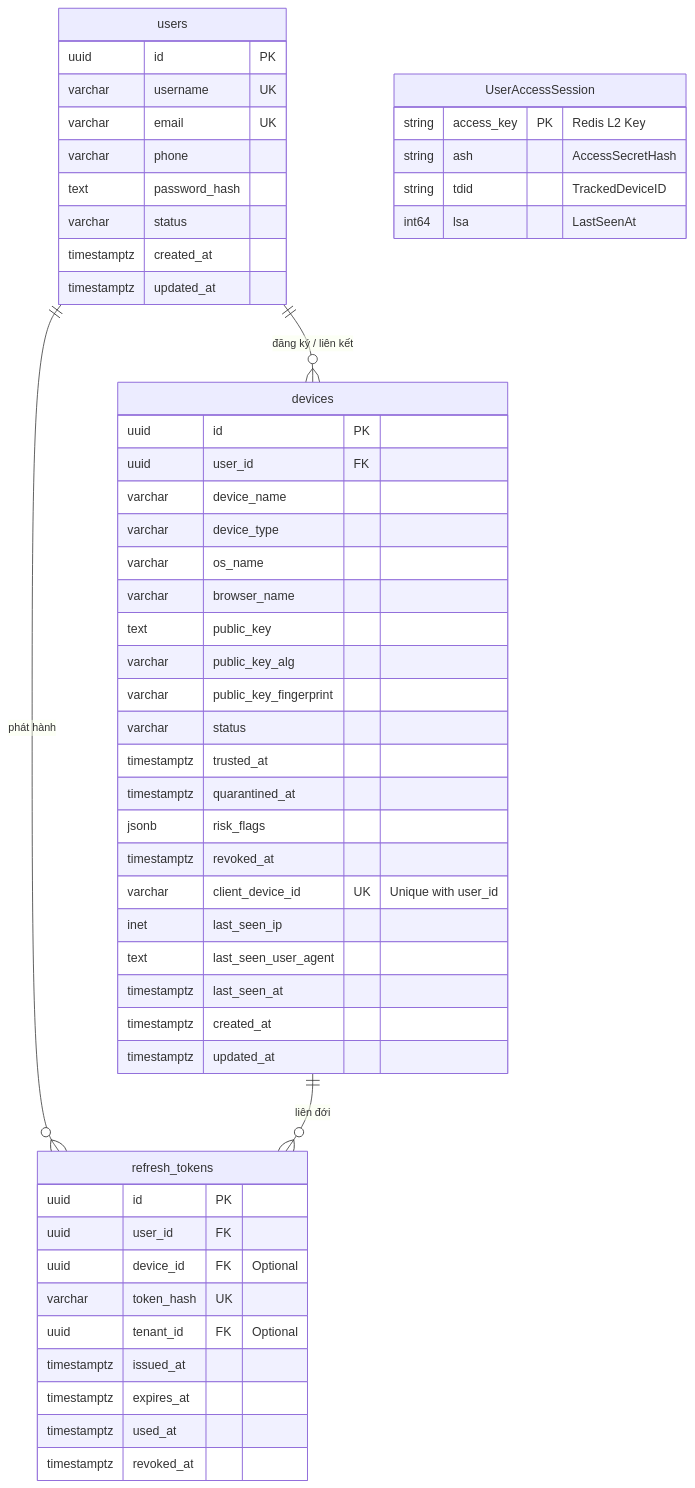
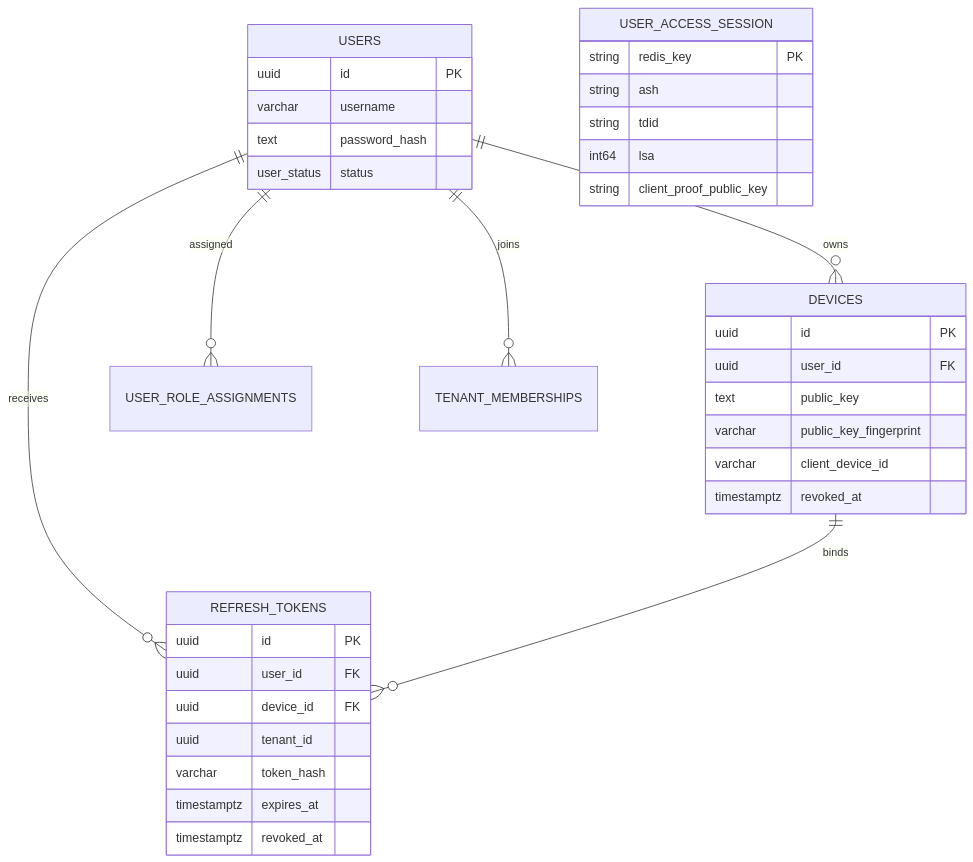
The third of 3 diagrams in god_view/iam/user_login_god_view_workflow.md (phucle996/aurora), drawn with Mermaid before and after one commit. The commit also changed other lines of this file and 20 other files, not shown here.

Commit message:
feat: implement session proof-based authentication flow with challenge-response mechanism and enhanced refresh token handling

````diff
--- a/god_view/iam/user_login_god_view_workflow.md
+++ b/god_view/iam/user_login_god_view_workflow.md
@@ -264,56 +324,39 @@
 ```mermaid
 erDiagram
-    users {
-        uuid id PK
-        varchar username UK
-        varchar email UK
-        varchar phone
-        text password_hash
-        varchar status
-        timestamptz created_at
-        timestamptz updated_at
+    USERS ||--o{ DEVICES : owns
+    USERS ||--o{ REFRESH_TOKENS : receives
+    DEVICES ||--o{ REFRESH_TOKENS : binds
+    USERS ||--o{ USER_ROLE_ASSIGNMENTS : assigned
+    USERS ||--o{ TENANT_MEMBERSHIPS : joins
+
+    USERS {
+      uuid id PK
+      varchar username
+      text password_hash
+      user_status status
     }
-    devices {
-        uuid id PK
-        uuid user_id FK
-        varchar device_name
-        varchar device_type
-        varchar os_name
-        varchar browser_name
-        text public_key
-        varchar public_key_alg
-        varchar public_key_fingerprint
-        varchar status
-        timestamptz trusted_at
-        timestamptz quarantined_at
-        jsonb risk_flags
-        timestamptz revoked_at
-        varchar client_device_id UK "Unique with user_id"
-        inet last_seen_ip
-        text last_seen_user_agent
-        timestamptz last_seen_at
-        timestamptz created_at
-        timestamptz updated_at
+    DEVICES {
+      uuid id PK
+      uuid user_id FK
+      text public_key
+      varchar public_key_fingerprint
+      varchar client_device_id
+      timestamptz revoked_at
     }
-    refresh_tokens {
-        uuid id PK
-        uuid user_id FK
-        uuid device_id FK "Optional"
-        varchar token_hash UK
-        uuid tenant_id FK "Optional"
-        timestamptz issued_at
-        timestamptz expires_at
-        timestamptz used_at
-        timestamptz revoked_at
+    REFRESH_TOKENS {
+      uuid id PK
+      uuid user_id FK
+      uuid device_id FK
+      uuid tenant_id
+      varchar token_hash
+      timestamptz expires_at
+      timestamptz revoked_at
     }
-    UserAccessSession {
-        string access_key PK "Redis L2 Key"
-        string ash "AccessSecretHash"
-        string tdid "TrackedDeviceID"
-        int64 lsa "LastSeenAt"
+    USER_ACCESS_SESSION {
+      string redis_key PK
+      string ash
+      string tdid
+      int64 lsa
+      string client_proof_public_key
     }
-
-    users ||--o{ devices : "đăng ký / liên kết"
-    users ||--o{ refresh_tokens : "phát hành"
-    devices ||--o{ refresh_tokens : "liên đới"
 ```
````
